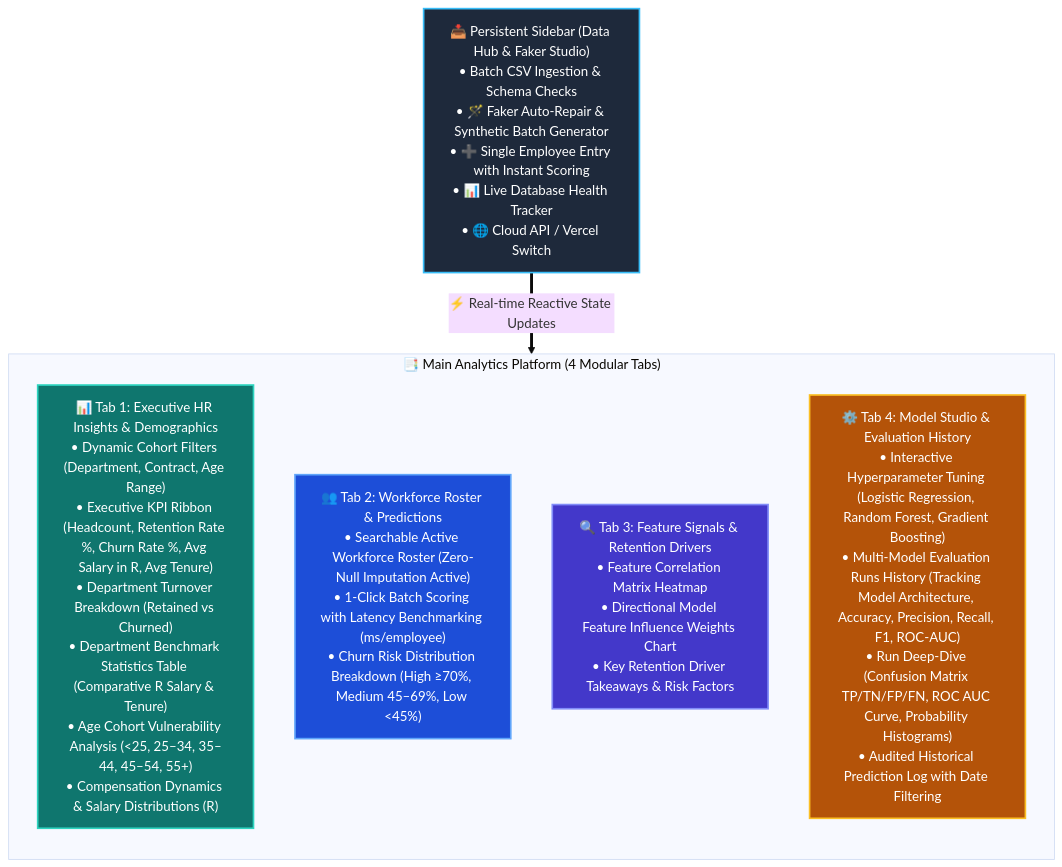
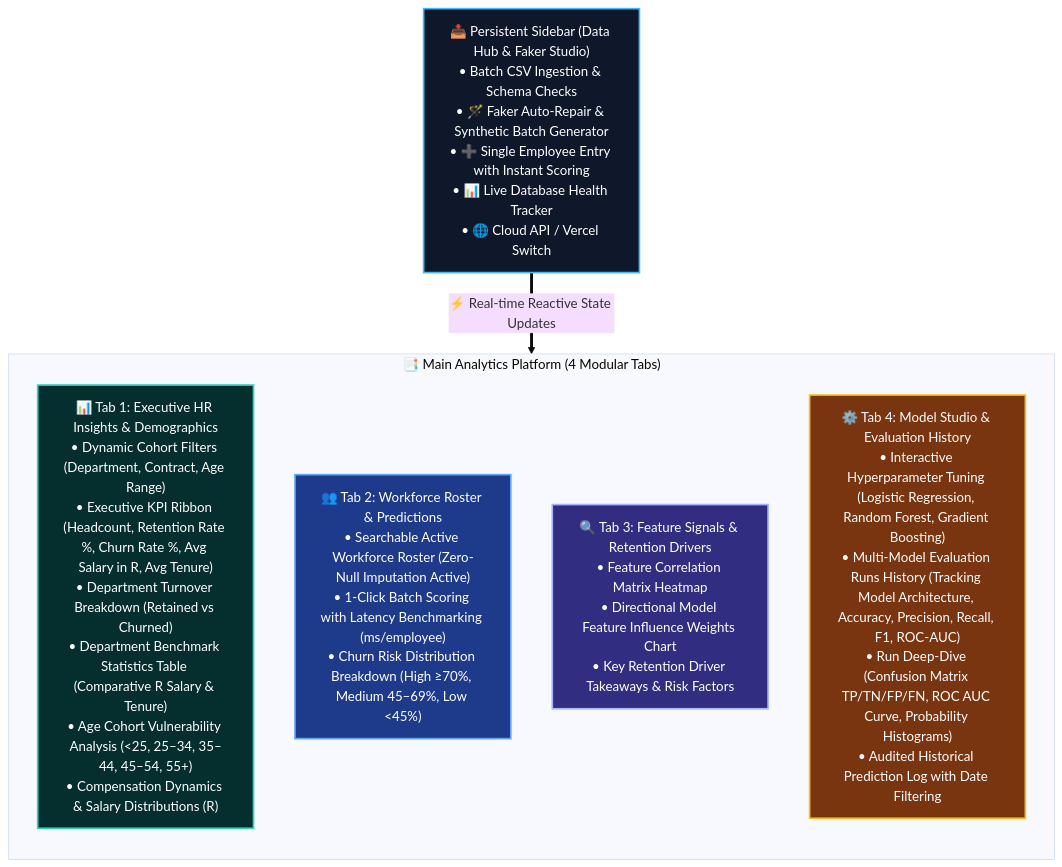
Before and after one commit to Shotza247/Employee_Full-Stack_Churn_ML: the diagram in artifacts/implementation_summary_and_architecture.md, drawn with Mermaid (base theme). The commit also changed 1 other file, not shown here.

Commit message:
Updated implementation documentation and used IBM Bob to help with creating the architecture diagrams since it couples well with mermaid diagram creatio.

````diff
--- a/artifacts/implementation_summary_and_architecture.md
+++ b/artifacts/implementation_summary_and_architecture.md
@@ -11,30 +11,30 @@
 ```mermaid
 flowchart TB
     SIDEBAR["📥 Persistent Sidebar (Data Hub & Faker Studio)<br/>• Batch CSV Ingestion & Schema Checks<br/>• 🪄 Faker Auto-Repair & Synthetic Batch Generator<br/>• ➕ Single Employee Entry with Instant Scoring<br/>• 📊 Live Database Health Tracker<br/>• 🌐 Cloud API / Vercel Switch"]
 
     SIDEBAR ==>|"⚡ Real-time Reactive State Updates"| TABS
 
     subgraph TABS ["📑 Main Analytics Platform (4 Modular Tabs)"]
         direction TB
         
         TAB1["📊 Tab 1: Executive HR Insights & Demographics<br/>• Dynamic Cohort Filters (Department, Contract, Age Range)<br/>• Executive KPI Ribbon (Headcount, Retention Rate %, Churn Rate %, Avg Salary in R, Avg Tenure)<br/>• Department Turnover Breakdown (Retained vs Churned)<br/>• Department Benchmark Statistics Table (Comparative R Salary & Tenure)<br/>• Age Cohort Vulnerability Analysis (<25, 25–34, 35–44, 45–54, 55+)<br/>• Compensation Dynamics & Salary Distributions (R)"]
 
         TAB2["👥 Tab 2: Workforce Roster & Predictions<br/>• Searchable Active Workforce Roster (Zero-Null Imputation Active)<br/>• 1-Click Batch Scoring with Latency Benchmarking (ms/employee)<br/>• Churn Risk Distribution Breakdown (High ≥70%, Medium 45–69%, Low <45%)"]
 
         TAB3["🔍 Tab 3: Feature Signals & Retention Drivers<br/>• Feature Correlation Matrix Heatmap<br/>• Directional Model Feature Influence Weights Chart<br/>• Key Retention Driver Takeaways & Risk Factors"]
 
         TAB4["⚙️ Tab 4: Model Studio & Evaluation History<br/>• Interactive Hyperparameter Tuning (Logistic Regression, Random Forest, Gradient Boosting)<br/>• Multi-Model Evaluation Runs History (Tracking Model Architecture, Accuracy, Precision, Recall, F1, ROC-AUC)<br/>• Run Deep-Dive (Confusion Matrix TP/TN/FP/FN, ROC AUC Curve, Probability Histograms)<br/>• Audited Historical Prediction Log with Date Filtering"]
     end
 
-    classDef sideNode fill:#1E293B,stroke:#38BDF8,stroke-width:2px,color:#ffffff;
-    classDef t1Node fill:#0F766E,stroke:#2DD4BF,stroke-width:2px,color:#ffffff;
-    classDef t2Node fill:#1D4ED8,stroke:#60A5FA,stroke-width:2px,color:#ffffff;
-    classDef t3Node fill:#4338CA,stroke:#818CF8,stroke-width:2px,color:#ffffff;
-    classDef t4Node fill:#B45309,stroke:#FBBF24,stroke-width:2px,color:#ffffff;
+    classDef sideNode fill:#0F172A,stroke:#38BDF8,stroke-width:2px,color:#ffffff;
+    classDef t1Node fill:#042F2E,stroke:#2DD4BF,stroke-width:2px,color:#ffffff;
+    classDef t2Node fill:#1E3A8A,stroke:#60A5FA,stroke-width:2px,color:#ffffff;
+    classDef t3Node fill:#312E81,stroke:#A5B4FC,stroke-width:2px,color:#ffffff;
+    classDef t4Node fill:#78350F,stroke:#FBBF24,stroke-width:2px,color:#ffffff;
 
     class SIDEBAR sideNode;
     class TAB1 t1Node;
     class TAB2 t2Node;
     class TAB3 t3Node;
     class TAB4 t4Node;
 ```
````
